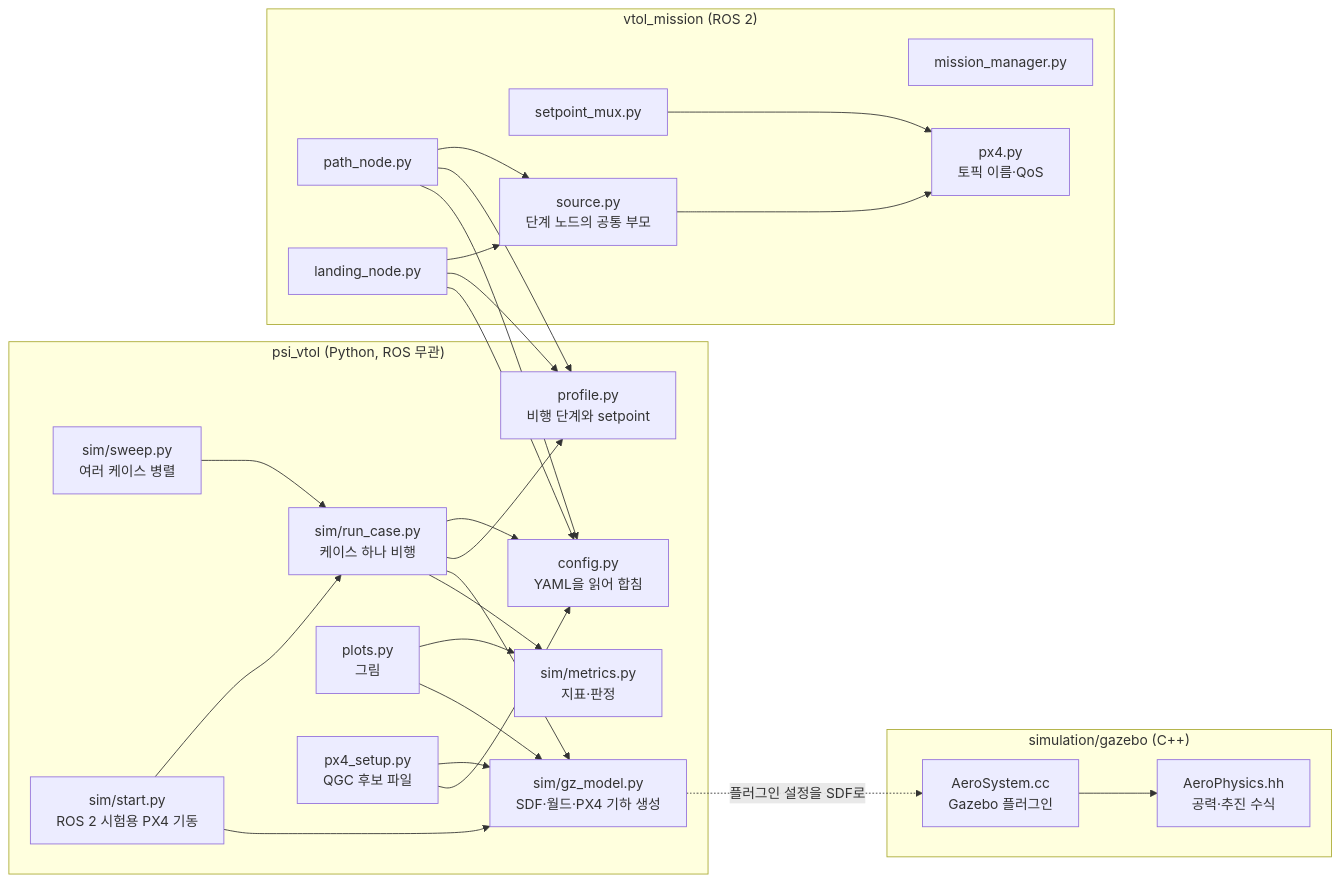
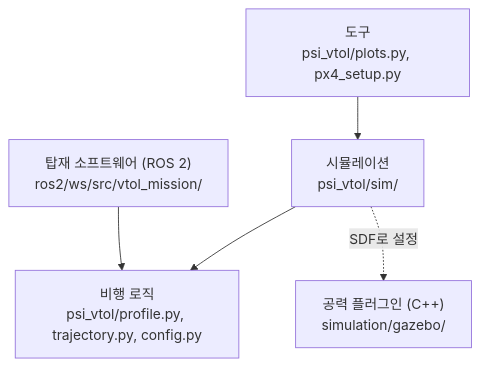
One commit to postech-psi/Aircraft-VTOL changed the second of 6 diagrams in docs/00_architecture.md. Above: the diagram before and after it, drawn with Mermaid. The commit also changed other lines of this file and 4 other files, not shown here.

First line of the commit message:
Draw the architecture plainly and explain the route planner

````diff
--- a/docs/00_architecture.md
+++ b/docs/00_architecture.md
@@ -56,50 +40,13 @@
 ```mermaid
-flowchart LR
-    subgraph PKG["psi_vtol (Python, ROS 무관)"]
-        CFG["config.py<br/>YAML을 읽어 합침"]
-        PROF["profile.py<br/>비행 단계와 setpoint"]
-        GZM["sim/gz_model.py<br/>SDF·월드·PX4 기하 생성"]
-        RC["sim/run_case.py<br/>케이스 하나 비행"]
-        MET["sim/metrics.py<br/>지표·판정"]
-        SW["sim/sweep.py<br/>여러 케이스 병렬"]
-        ST["sim/start.py<br/>ROS 2 시험용 PX4 기동"]
-        PL["plots.py<br/>그림"]
-        PS["px4_setup.py<br/>QGC 후보 파일"]
-    end
+flowchart TB
+    TOOLS["도구<br/>psi_vtol/plots.py, px4_setup.py"]
+    SIM["시뮬레이션<br/>psi_vtol/sim/"]
+    ROS["탑재 소프트웨어 (ROS 2)<br/>ros2/ws/src/vtol_mission/"]
+    CORE["비행 로직<br/>psi_vtol/profile.py, trajectory.py, config.py"]
+    PLUGIN["공력 플러그인 (C++)<br/>simulation/gazebo/"]
 
-    subgraph CPP["simulation/gazebo (C++)"]
-        AP["AeroPhysics.hh<br/>공력·추진 수식"]
-        AS["AeroSystem.cc<br/>Gazebo 플러그인"]
-    end
-
-    subgraph ROSPKG["vtol_mission (ROS 2)"]
-        MM["mission_manager.py"]
-        MUX["setpoint_mux.py"]
-        SRC["source.py<br/>단계 노드의 공통 부모"]
-        PN["path_node.py"]
-        LN["landing_node.py"]
-        P4["px4.py<br/>토픽 이름·QoS"]
-    end
-
-    SW --> RC
-    RC --> CFG
-    RC --> PROF
-    RC --> GZM
-    RC --> MET
-    ST --> RC
-    ST --> GZM
-    PL --> MET
-    PL --> GZM
-    PS --> GZM
-    PS --> CFG
-    AS --> AP
-    GZM -. "플러그인 설정을 SDF로" .-> AS
-    PN --> SRC
-    LN --> SRC
-    PN --> PROF
-    LN --> PROF
-    PN --> CFG
-    LN --> CFG
-    SRC --> P4
-    MUX --> P4
+    TOOLS --> SIM
+    SIM --> CORE
+    ROS --> CORE
+    SIM -. "SDF로 설정" .-> PLUGIN
 ```
````
